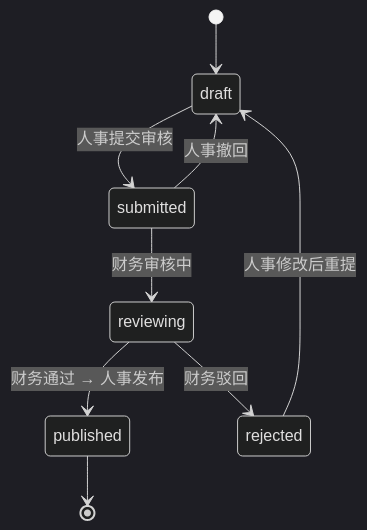
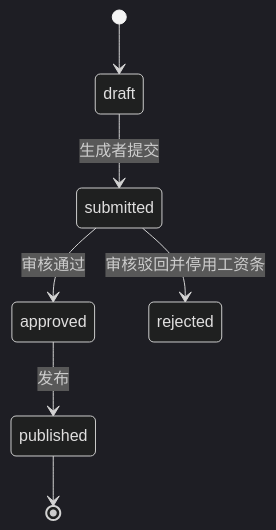
Before and after one commit to BruceChu0424/utenelec_imp: the fourth of 4 diagrams in docs/05-架构/全局机制.md, drawn with Mermaid (dark theme). The commit also changed other lines of this file and 1614 other files, not shown here.

````diff
--- a/docs/05-架构/全局机制.md
+++ b/docs/05-架构/全局机制.md
@@ -417,11 +456,9 @@
 ```mermaid
 stateDiagram-v2
     [*] --> draft
-    draft --> submitted: 人事提交审核
-    submitted --> reviewing: 财务审核中
-    reviewing --> published: 财务通过 → 人事发布
-    reviewing --> rejected: 财务驳回
-    rejected --> draft: 人事修改后重提
-    submitted --> draft: 人事撤回
+    draft --> submitted: 生成者提交
+    submitted --> approved: 审核通过
+    submitted --> rejected: 审核驳回并停用工资条
+    approved --> published: 发布
     published --> [*]
 ```
````
